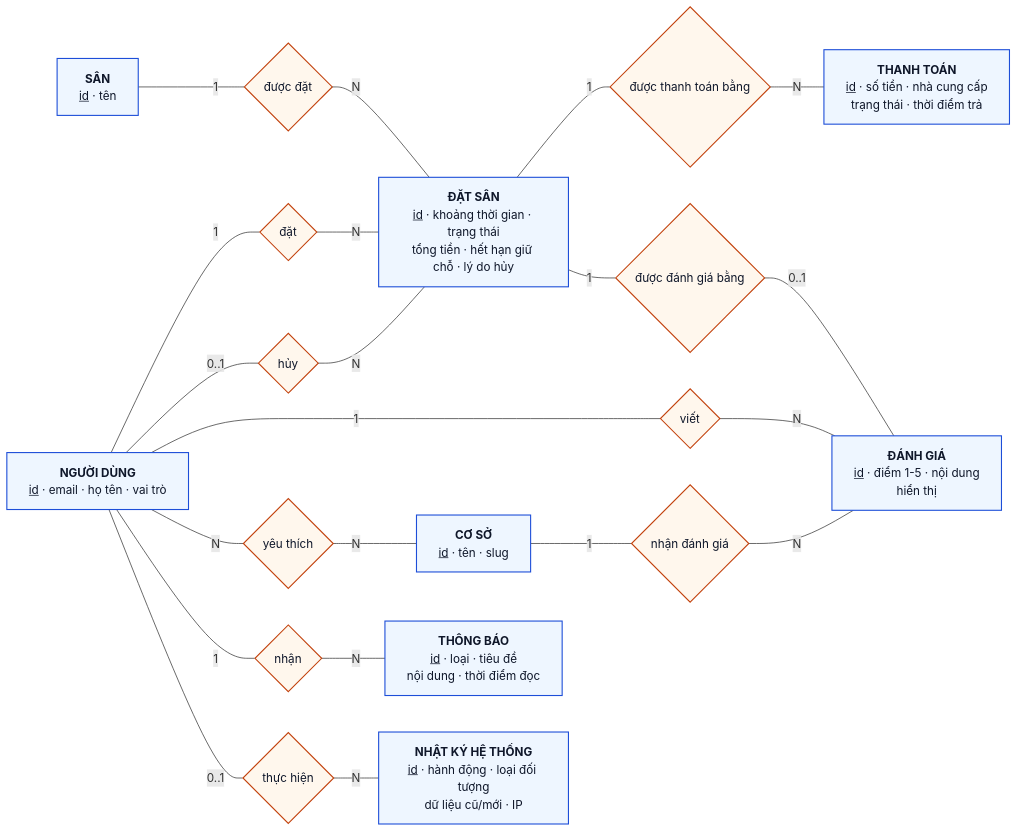
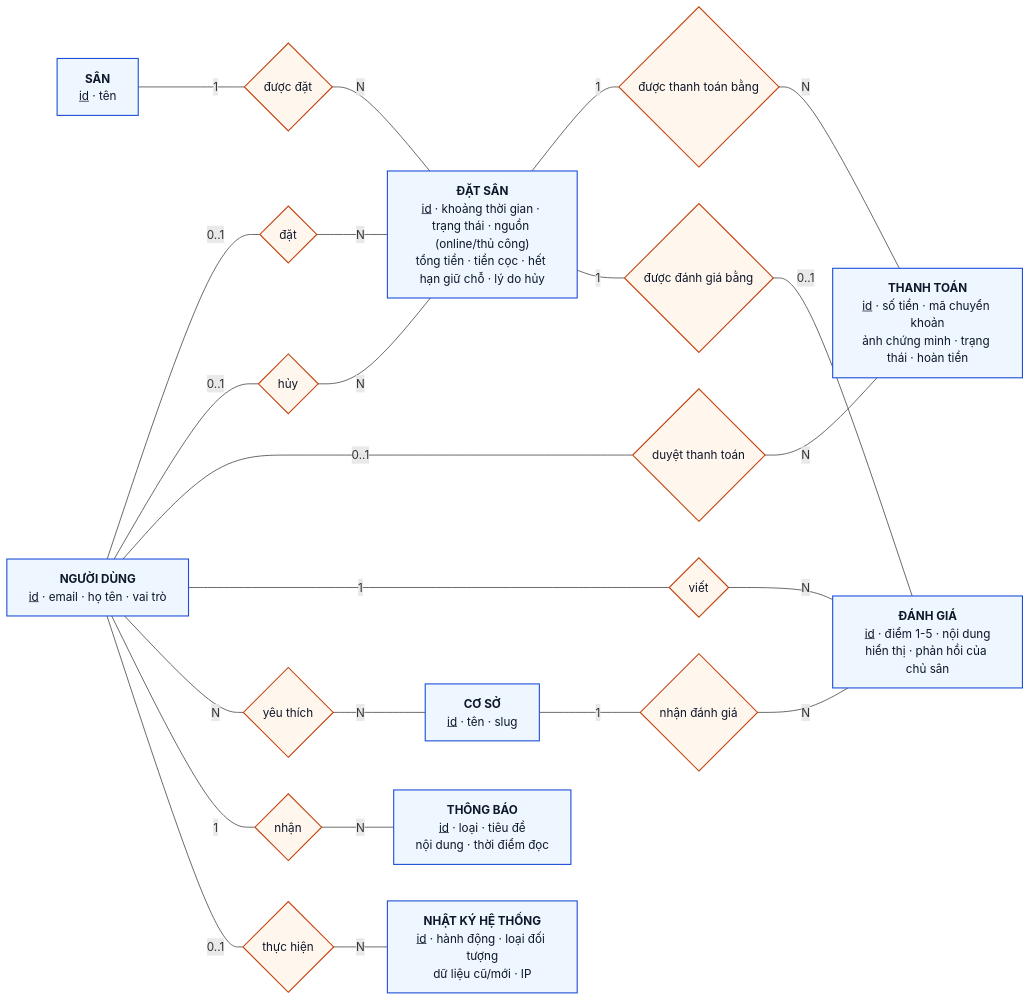
One commit to TuyenTran205/bookSportsCourt changed the second of 4 diagrams in docs/04-database-schema.md. Above: the diagram before and after it, drawn with Mermaid. The commit also changed other lines of this file and 12 other files, not shown here.

First line of the commit message:
docs: đồng bộ luồng thanh toán QR, areas, UUID v7 và bổ sung API

````diff
--- a/docs/04-database-schema.md
+++ b/docs/04-database-schema.md
@@ -73,36 +85,38 @@
 ```mermaid
 flowchart LR
     classDef entity fill:#eef6ff,stroke:#1d4ed8,stroke-width:1.5px,color:#0f172a;
     classDef rel fill:#fff7ed,stroke:#c2410c,stroke-width:1.5px,color:#0f172a;
 
     USER["<b>NGƯỜI DÙNG</b><br/><u>id</u> · email · họ tên · vai trò"]:::entity
     VENUE["<b>CƠ SỞ</b><br/><u>id</u> · tên · slug"]:::entity
     COURT["<b>SÂN</b><br/><u>id</u> · tên"]:::entity
-    BOOK["<b>ĐẶT SÂN</b><br/><u>id</u> · khoảng thời gian · trạng thái<br/>tổng tiền · hết hạn giữ chỗ · lý do hủy"]:::entity
-    PAY["<b>THANH TOÁN</b><br/><u>id</u> · số tiền · nhà cung cấp<br/>trạng thái · thời điểm trả"]:::entity
-    REV["<b>ĐÁNH GIÁ</b><br/><u>id</u> · điểm 1-5 · nội dung<br/>hiển thị"]:::entity
+    BOOK["<b>ĐẶT SÂN</b><br/><u>id</u> · khoảng thời gian · trạng thái · nguồn (online/thủ công)<br/>tổng tiền · tiền cọc · hết hạn giữ chỗ · lý do hủy"]:::entity
+    PAY["<b>THANH TOÁN</b><br/><u>id</u> · số tiền · mã chuyển khoản<br/>ảnh chứng minh · trạng thái · hoàn tiền"]:::entity
+    REV["<b>ĐÁNH GIÁ</b><br/><u>id</u> · điểm 1-5 · nội dung<br/>hiển thị · phản hồi của chủ sân"]:::entity
     NOTI["<b>THÔNG BÁO</b><br/><u>id</u> · loại · tiêu đề<br/>nội dung · thời điểm đọc"]:::entity
     AUDIT["<b>NHẬT KÝ HỆ THỐNG</b><br/><u>id</u> · hành động · loại đối tượng<br/>dữ liệu cũ/mới · IP"]:::entity
 
     R_MAKE{"đặt"}:::rel
     R_HOST{"được đặt"}:::rel
     R_CAN{"hủy"}:::rel
     R_PAY{"được thanh toán bằng"}:::rel
+    R_APR{"duyệt thanh toán"}:::rel
     R_ABOUT{"được đánh giá bằng"}:::rel
     R_WRITE{"viết"}:::rel
     R_RECV{"nhận đánh giá"}:::rel
     R_FAV{"yêu thích"}:::rel
     R_NOTI{"nhận"}:::rel
     R_ACT{"thực hiện"}:::rel
 
-    USER ---|1| R_MAKE ---|N| BOOK
+    USER ---|"0..1"| R_MAKE ---|N| BOOK
     COURT ---|1| R_HOST ---|N| BOOK
     USER ---|"0..1"| R_CAN ---|N| BOOK
     BOOK ---|1| R_PAY ---|N| PAY
+    USER ---|"0..1"| R_APR ---|N| PAY
     BOOK ---|1| R_ABOUT ---|"0..1"| REV
     USER ---|1| R_WRITE ---|N| REV
     VENUE ---|1| R_RECV ---|N| REV
     USER ---|N| R_FAV ---|N| VENUE
     USER ---|1| R_NOTI ---|N| NOTI
     USER ---|"0..1"| R_ACT ---|N| AUDIT
 ```
````
